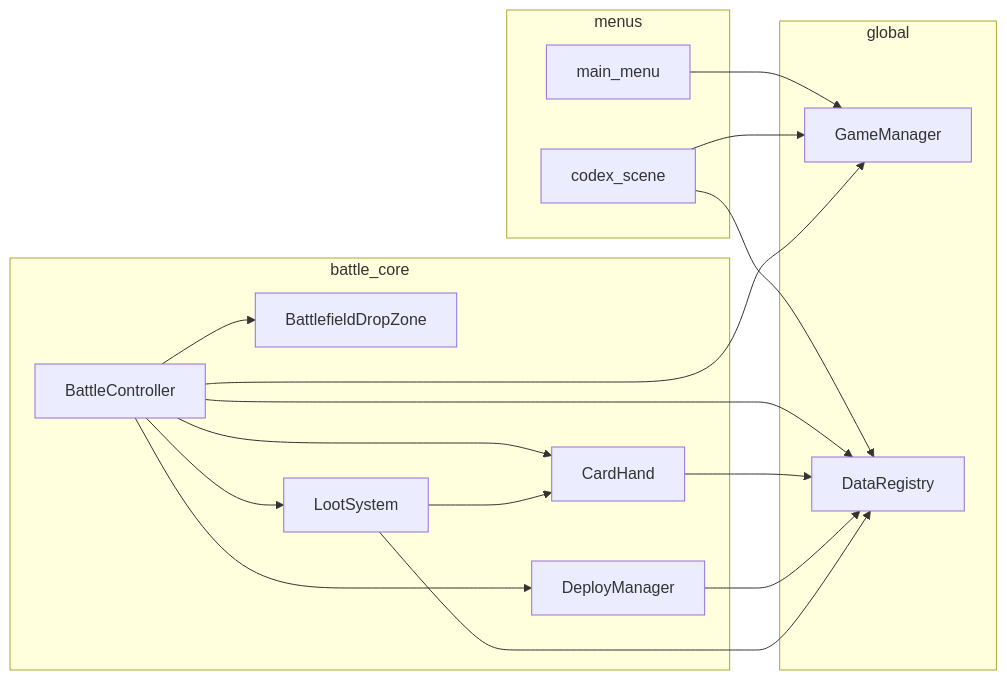
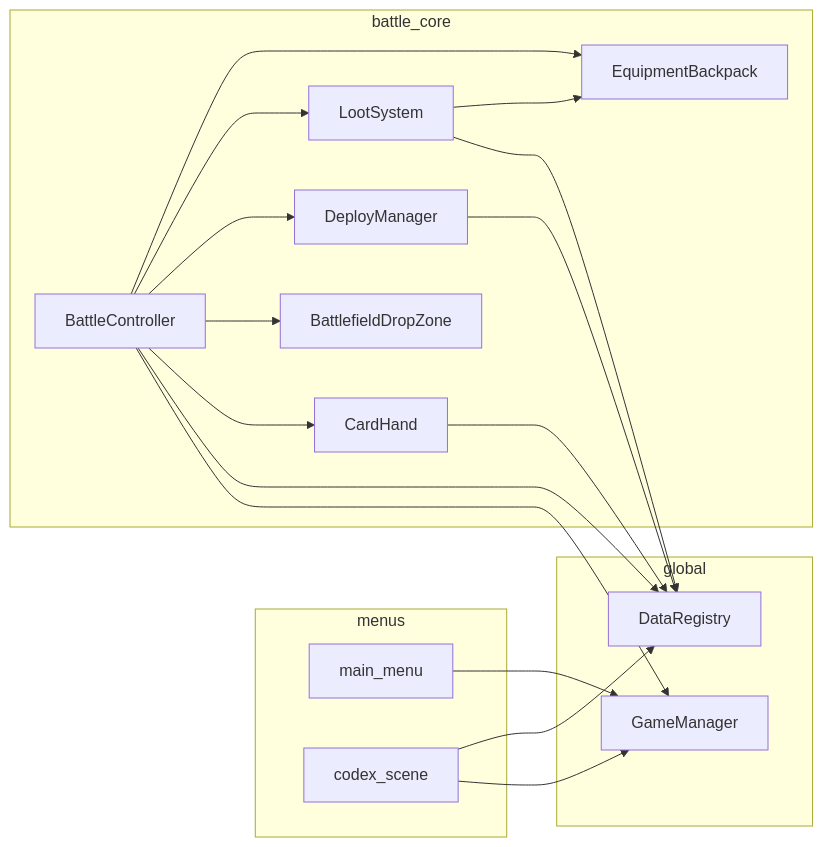
One commit to yolk-l/free-fight changed the diagram in docs/knowledge/05-依赖与扩展.md. Above: the diagram before and after it, drawn with Mermaid. The commit also changed other lines of this file and 81 other files, not shown here.

````diff
--- a/docs/knowledge/05-依赖与扩展.md
+++ b/docs/knowledge/05-依赖与扩展.md
@@ -5,36 +5,38 @@
 ```mermaid
 flowchart LR
     subgraph global
         GM[GameManager]
         DR[DataRegistry]
     end
 
     subgraph menus
         MM[main_menu]
         CX[codex_scene]
     end
 
     subgraph battle_core
         BC[BattleController]
         CH[CardHand]
         DZ[BattlefieldDropZone]
         DM[DeployManager]
         LS[LootSystem]
+        BP[EquipmentBackpack]
     end
 
     MM --> GM
     CX --> GM
     CX --> DR
 
     BC --> GM
     BC --> DR
     BC --> CH
     BC --> DZ
     BC --> DM
     BC --> LS
 
     CH --> DR
     DM --> DR
     LS --> DR
-    LS --> CH
+    LS --> BP
+    BC --> BP
 ```
````
